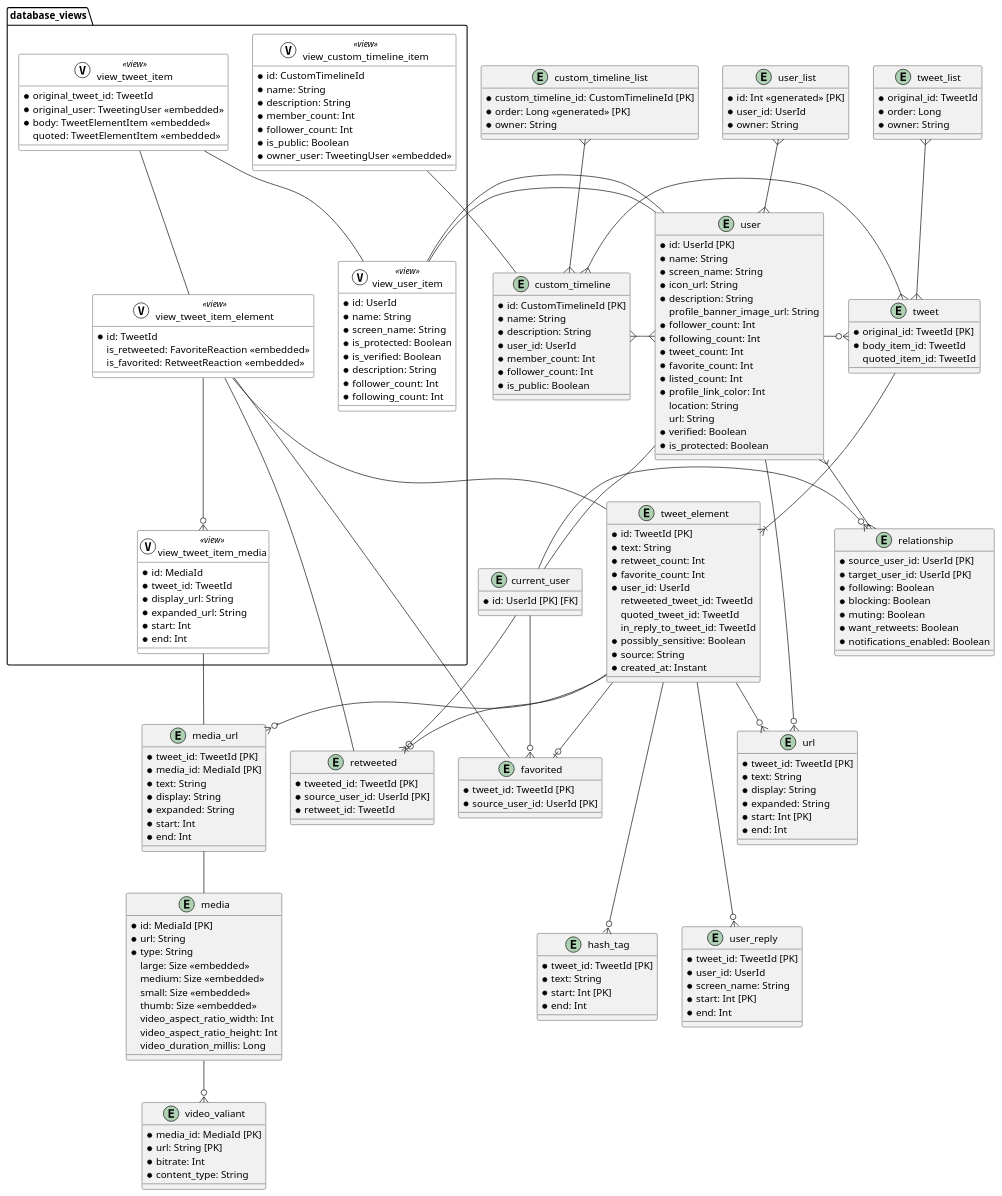
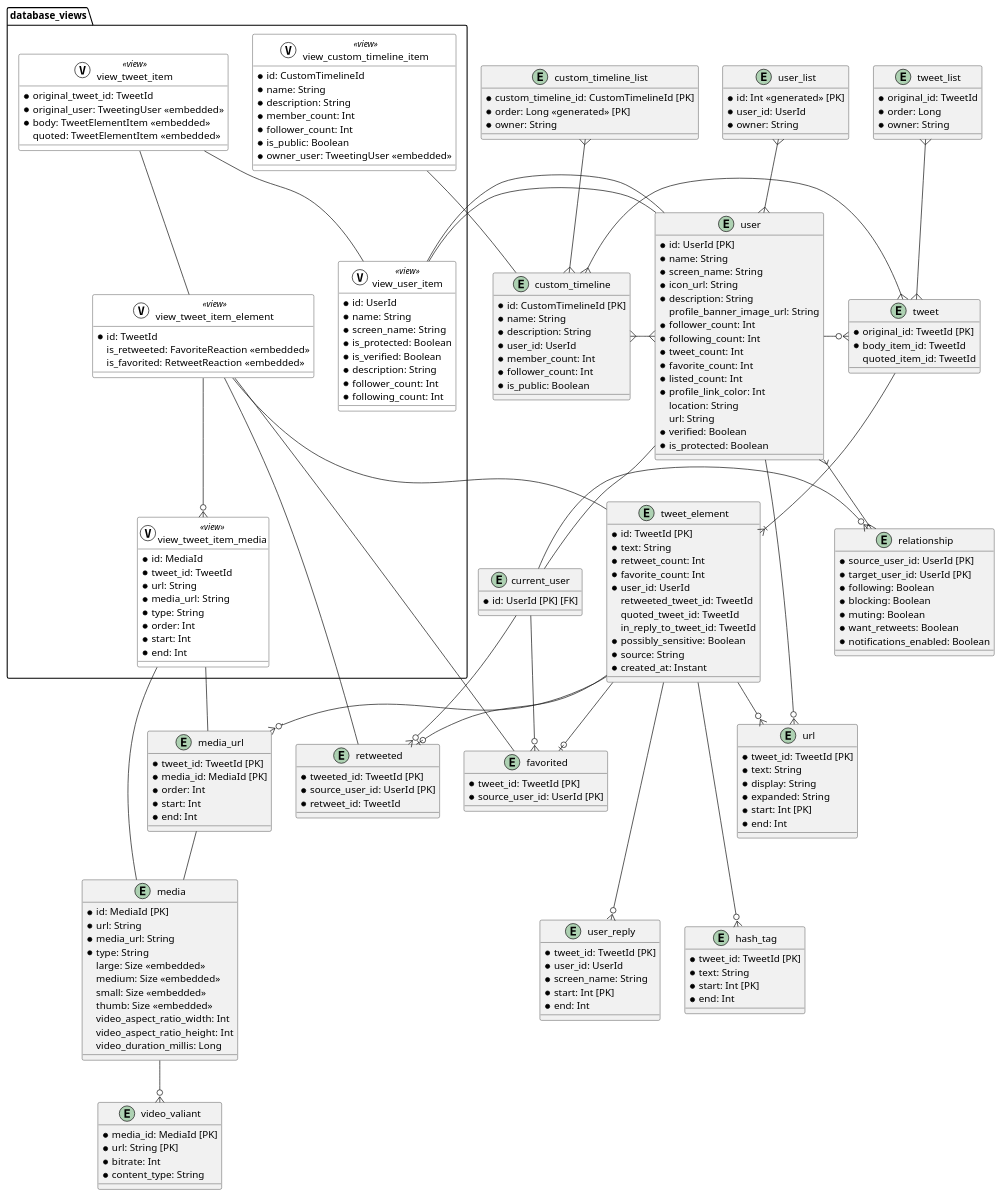
The diagram in docs/er_overview_v2.puml (akihito104/UdonRoad2), drawn with PlantUML before and after one commit. The commit also changed 14 other files, not shown here.

```diff
--- a/docs/er_overview_v2.puml
+++ b/docs/er_overview_v2.puml
@@ -7,6 +7,7 @@
 entity media {
   * id: MediaId [PK]
   * url: String
+  * media_url: String
   * type: String
   large: Size <<embedded>>
   medium: Size <<embedded>>
@@ -27,9 +28,7 @@
 entity media_url {
   * tweet_id: TweetId [PK]
   * media_id: MediaId [PK]
-  * text: String
-  * display: String
-  * expanded: String
+  * order: Int
   * start: Int
   * end: Int
 }
@@ -193,8 +192,10 @@
   entity view_tweet_item_media << (V, #ffffff) view >> {
     * id: MediaId
     * tweet_id: TweetId
-    * display_url: String
-    * expanded_url: String
+    * url: String
+    * media_url: String
+    * type: String
+    * order: Int
     * start: Int
     * end: Int
   }
@@ -231,6 +232,7 @@
   view_user_item - user
 
   view_tweet_item_media - media_url
+  view_tweet_item_media - media
 
   view_custom_timeline_item - custom_timeline
 
```
